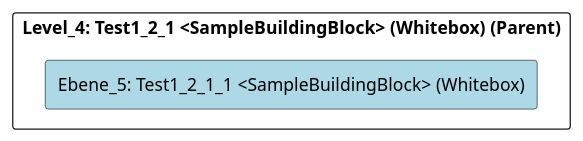
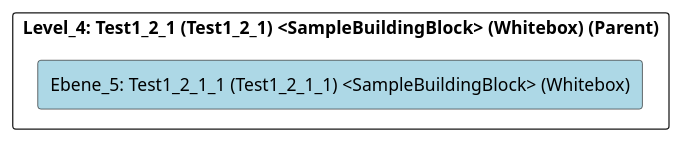
One commit to marcozwyssig/cleon changed the diagram in src/cleon.architecturemethods.arc42.sample/doc/cleon_architecturemethods_arc42_sample_arc42/adoc/de/05_bausteinsicht/chess/test1/test1_2/test1_2_1/test1_2_1_1/ebene_5_test1_2_1_1.adoc. Above: the diagram before and after it, drawn with PlantUML. The commit also changed other lines of this file and 166 other files, not shown here.

```diff
--- a/src/cleon.architecturemethods.arc42.sample/doc/cleon_architecturemethods_arc42_sample_arc42/adoc/de/05_bausteinsicht/chess/test1/test1_2/test1_2_1/test1_2_1_1/ebene_5_test1_2_1_1.adoc
+++ b/src/cleon.architecturemethods.arc42.sample/doc/cleon_architecturemethods_arc42_sample_arc42/adoc/de/05_bausteinsicht/chess/test1/test1_2/test1_2_1/test1_2_1_1/ebene_5_test1_2_1_1.adoc
@@ -20,24 +20,24 @@
-[plantuml, Ebene_5: Test1_2_1_1 <SampleBuildingBlock> (Whitebox)BlockOverview, format="svg"]
+[plantuml, Ebene_5: Test1_2_1_1 (Test1_2_1_1) <SampleBuildingBlock> (Whitebox)BlockOverview, format="svg"]
 ----
-@startuml Ebene_5: Test1_2_1_1 <SampleBuildingBlock> (Whitebox)BuildingBlockOverview
+@startuml Ebene_5: Test1_2_1_1 (Test1_2_1_1) <SampleBuildingBlock> (Whitebox)BuildingBlockOverview
 
 skinparam ranksep 10
 skinparam componentStyle rectangle
 skinparam shadowing false
 skinparam arrowColor lightblue
 skinparam arrowThickness 1.2
 skinparam rectangle {
   BackgroundColor White
   BorderColor #333
   RoundCorner 10
 }
 top to bottom direction
 
-component "Level_4: Test1_2_1 <SampleBuildingBlock> (Whitebox) (Parent)" {
-    component "Ebene_5: Test1_2_1_1 <SampleBuildingBlock> (Whitebox)" #lightblue {
+component "Level_4: Test1_2_1 (Test1_2_1) <SampleBuildingBlock> (Whitebox) (Parent)" {
+    component "Ebene_5: Test1_2_1_1 (Test1_2_1_1) <SampleBuildingBlock> (Whitebox)" #lightblue {
     }
 
 }
 
 @enduml
 ----
```
